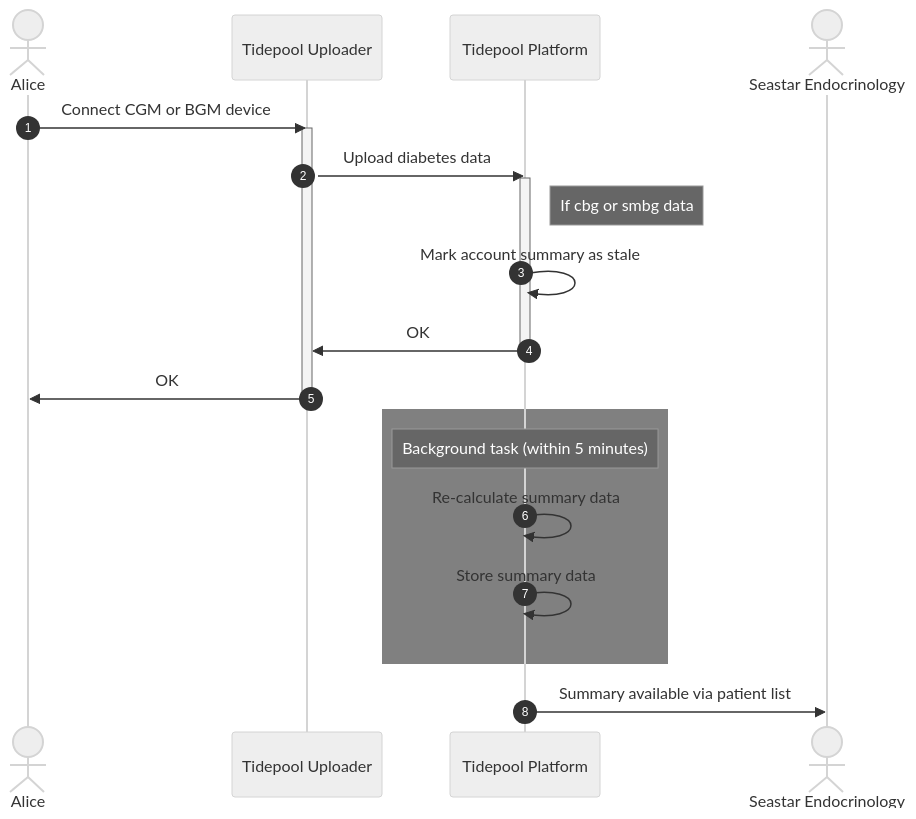
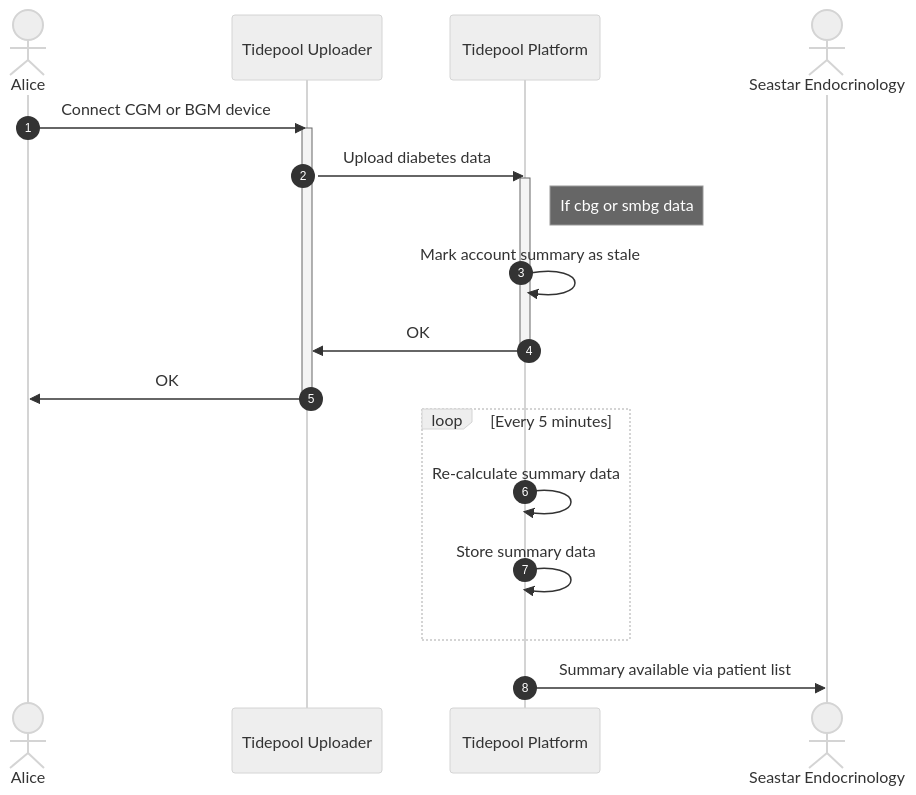
The first of 2 diagrams in docs/summary-data.md (tidepool-org/TidepoolApi), drawn with Mermaid (neutral theme) before and after one commit. The commit also changed other lines of this file, not shown here.

Commit message:
Further updates

````diff
--- a/docs/summary-data.md
+++ b/docs/summary-data.md
@@ -22,27 +22,26 @@
 ```mermaid
 sequenceDiagram
-    autonumber
-    actor PWD as Alice
-    participant Uploader as Tidepool Uploader
-    participant Platform as Tidepool Platform
-    link Platform: https://api.tidepool.org @ https://api.tidepool.org
-    actor Clinic as Seastar Endocrinology
+   autonumber
+   actor PWD as Alice
+   participant Uploader as Tidepool Uploader
+   participant Platform as Tidepool Platform
+   link Platform: https://api.tidepool.org @ https://api.tidepool.org
+   actor Clinic as Seastar Endocrinology
 
-    PWD->>Uploader: Connect CGM or BGM device
-    activate Uploader
-    Uploader->>Platform: Upload diabetes data
-    activate Platform
-    note right of Platform: If cbg or smbg data
-    Platform->>Platform: Mark account summary as stale
-    Platform->>Uploader: OK
-    deactivate Platform
-    Uploader->>PWD: OK
-    deactivate Uploader
+   PWD->>Uploader: Connect CGM or BGM device
+   activate Uploader
+   Uploader->>Platform: Upload diabetes data
+   activate Platform
+   note right of Platform: If cbg or smbg data
+   Platform->>Platform: Mark account summary as stale
+   Platform->>Uploader: OK
+   deactivate Platform
+   Uploader->>PWD: OK
+   deactivate Uploader
 
-    rect rgb(128, 128, 128)
-    note over Platform: Background task (within 5 minutes)
-    Platform->>Platform: Re-calculate summary data
-    Platform->>Platform: Store summary data
-    end
-    Platform->>Clinic: Summary available via patient list
+   loop Every 5 minutes
+      Platform->>Platform: Re-calculate summary data
+      Platform->>Platform: Store summary data
+   end
+   Platform->>Clinic: Summary available via patient list
 ```
````
